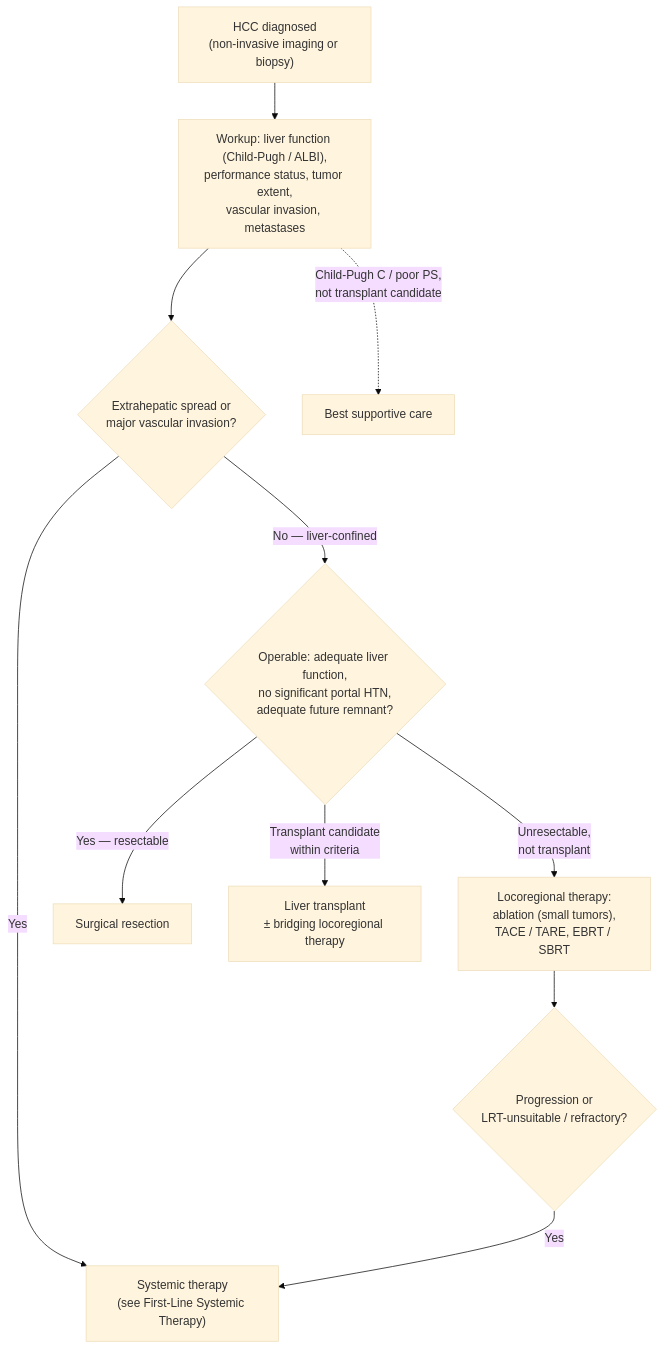
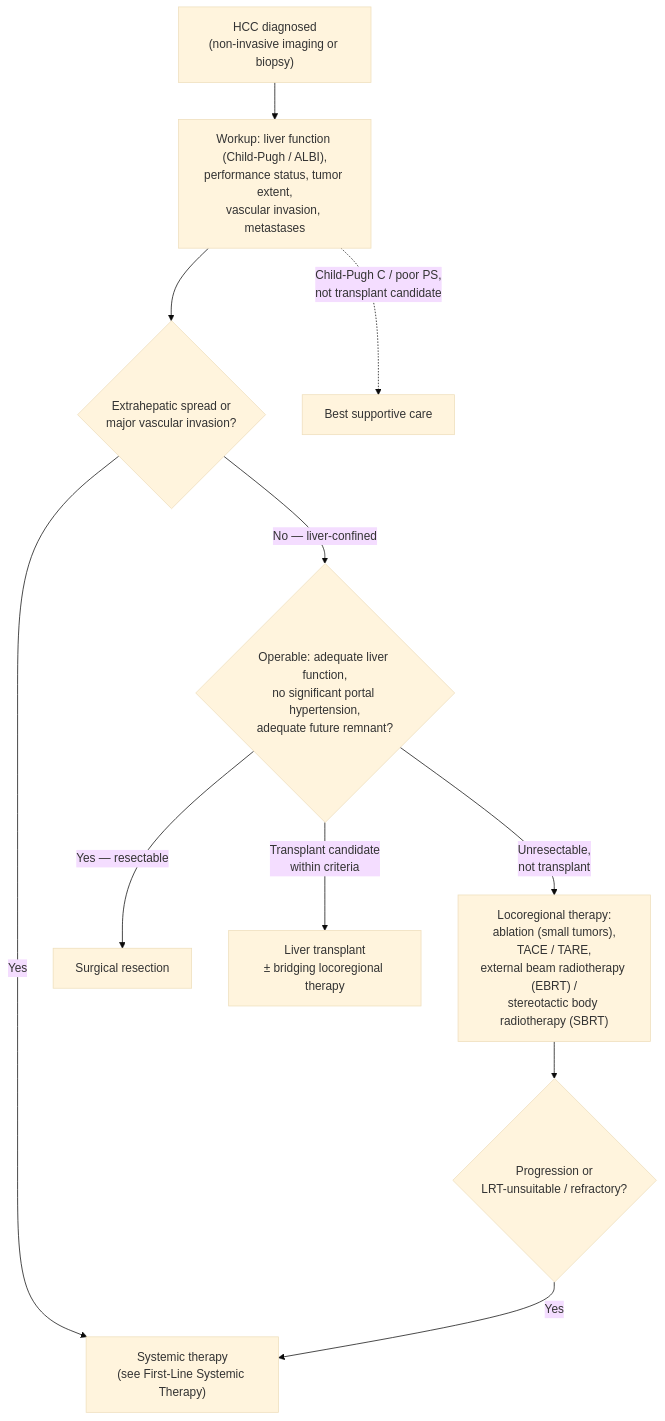
One commit to KHNickLeMD/KHNL-GI-Wiki changed the diagram in KHNL-GI-Wiki/wiki/1-disease-scripts/hepatology-diseases/hepatocellular-carcinoma.md. Above: the diagram before and after it, drawn with Mermaid (base theme). The commit also changed other lines of this file and 620 other files, not shown here.

````diff
--- a/KHNL-GI-Wiki/wiki/1-disease-scripts/hepatology-diseases/hepatocellular-carcinoma.md
+++ b/KHNL-GI-Wiki/wiki/1-disease-scripts/hepatology-diseases/hepatocellular-carcinoma.md
@@ -160,13 +160,13 @@
 ```mermaid
 flowchart TD
     A["HCC diagnosed<br/>(non-invasive imaging or biopsy)"] --> B["Workup: liver function (Child-Pugh / ALBI),<br/>performance status, tumor extent,<br/>vascular invasion, metastases"]
     B --> C{"Extrahepatic spread or<br/>major vascular invasion?"}
     C -->|"Yes"| SYS["Systemic therapy<br/>(see First-Line Systemic Therapy)"]
-    C -->|"No — liver-confined"| E{"Operable: adequate liver function,<br/>no significant portal HTN,<br/>adequate future remnant?"}
+    C -->|"No — liver-confined"| E{"Operable: adequate liver function,<br/>no significant portal hypertension,<br/>adequate future remnant?"}
     E -->|"Yes — resectable"| RES["Surgical resection"]
     E -->|"Transplant candidate<br/>within criteria"| LT["Liver transplant<br/>± bridging locoregional therapy"]
-    E -->|"Unresectable,<br/>not transplant"| LRT["Locoregional therapy:<br/>ablation (small tumors),<br/>TACE / TARE, EBRT / SBRT"]
+    E -->|"Unresectable,<br/>not transplant"| LRT["Locoregional therapy:<br/>ablation (small tumors),<br/>TACE / TARE,<br/>external beam radiotherapy (EBRT) /<br/>stereotactic body radiotherapy (SBRT)"]
     LRT --> PROG{"Progression or<br/>LRT-unsuitable / refractory?"}
     PROG -->|"Yes"| SYS
     B -.->|"Child-Pugh C / poor PS,<br/>not transplant candidate"| BSC["Best supportive care"]
 ```
````
